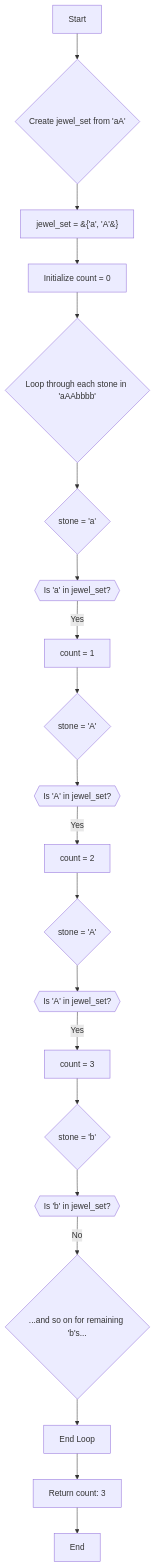
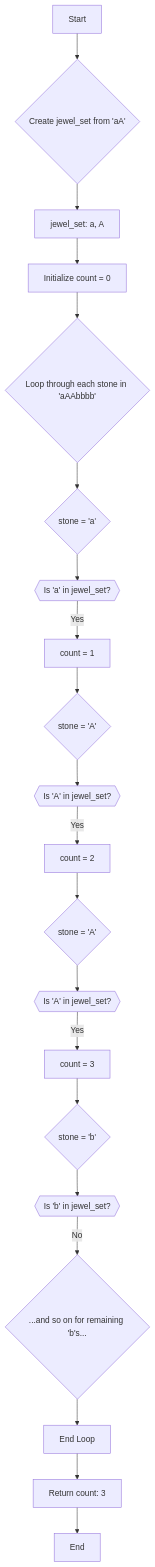
Before and after one commit to optomuscode/Leetcode: the diagram in 771-Jewels-and-Stones/README.md, drawn with Mermaid. The commit also changed other lines of this file and 1 other file, not shown here.

````diff
--- a/771-Jewels-and-Stones/README.md
+++ b/771-Jewels-and-Stones/README.md
@@ -41,22 +45,22 @@
 ```mermaid
 flowchart TD
     A[Start] --> B{Create jewel_set from 'aA'};
-    B --> C["jewel_set = &#123;'a', 'A'&#125;"];
+    B --> C[jewel_set: a, A];
     C --> D[Initialize count = 0];
     D --> E{Loop through each stone in 'aAAbbbb'};
     E --> F{stone = 'a'};
     F --> G{{Is 'a' in jewel_set?}};
     G -- Yes --> H[count = 1];
     H --> I{stone = 'A'};
     I --> J{{Is 'A' in jewel_set?}};
     J -- Yes --> K[count = 2];
     K --> L{stone = 'A'};
     L --> M{{Is 'A' in jewel_set?}};
     M -- Yes --> N[count = 3];
     N --> O{stone = 'b'};
     O --> P{{Is 'b' in jewel_set?}};
     P -- No --> Q{...and so on for remaining 'b's...};
     Q --> R[End Loop];
     R --> S[Return count: 3];
     S --> T[End];
 ```
````
